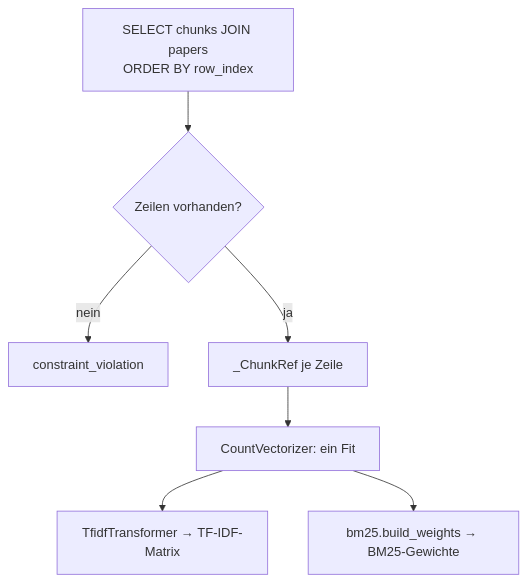
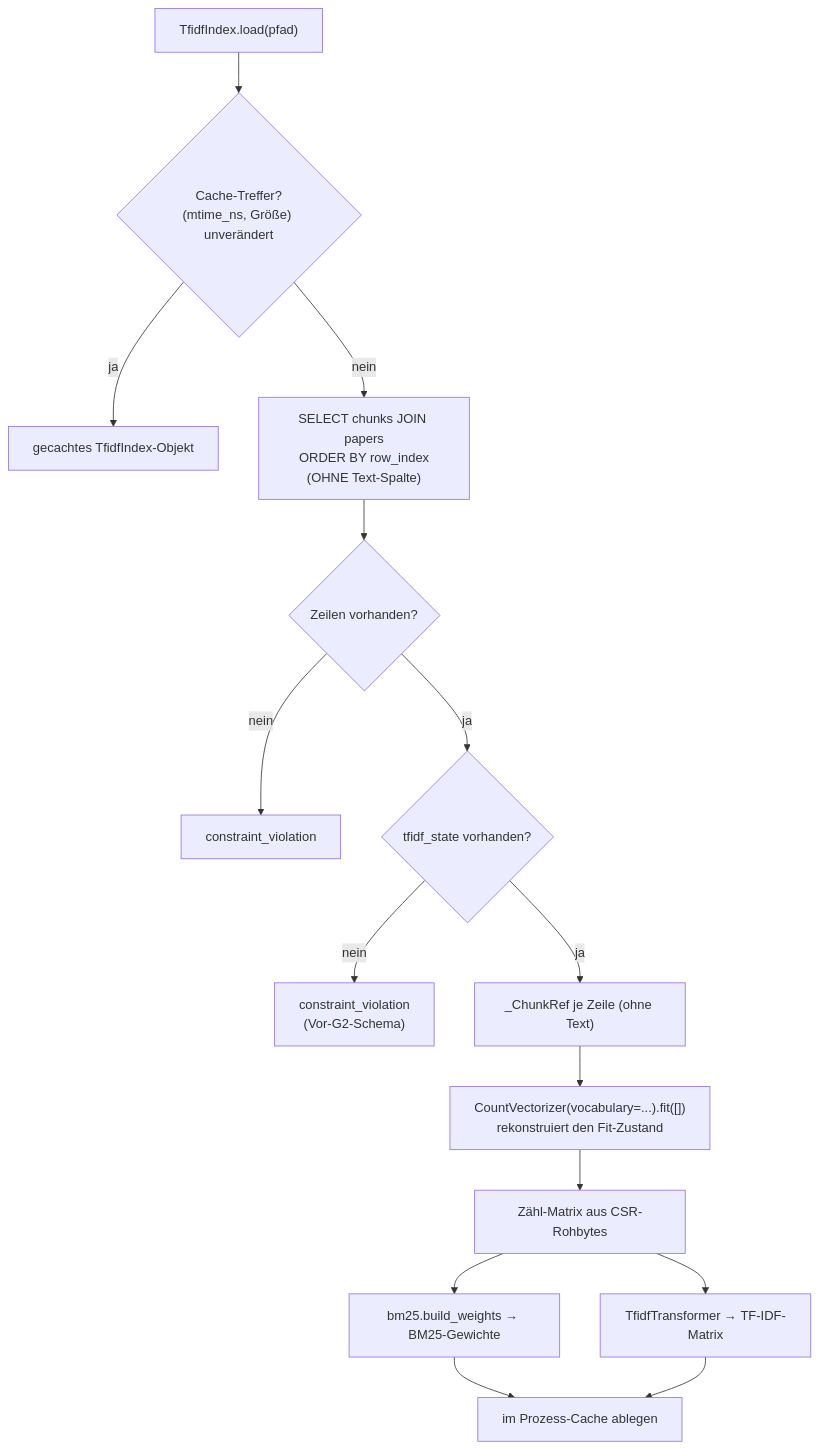
One commit to MomoEngineer/research-graphrag changed the second of 4 diagrams in src/research_graphrag/indexing/doc/tfidf_index.md. Above: the diagram before and after it, drawn with Mermaid. The commit also changed other lines of this file and 47 other files, not shown here.

````diff
--- a/src/research_graphrag/indexing/doc/tfidf_index.md
+++ b/src/research_graphrag/indexing/doc/tfidf_index.md
@@ -58,9 +66,17 @@
 ```mermaid
 flowchart TD
-    A["SELECT chunks JOIN papers<br/>ORDER BY row_index"] --> B{"Zeilen vorhanden?"}
+    L["TfidfIndex.load(pfad)"] --> S{"Cache-Treffer?<br/>(mtime_ns, Größe) unverändert"}
+    S -- ja --> CACHED["gecachtes TfidfIndex-Objekt"]
+    S -- nein --> A["SELECT chunks JOIN papers<br/>ORDER BY row_index<br/>(OHNE Text-Spalte)"]
+    A --> B{"Zeilen vorhanden?"}
     B -- nein --> ERR["constraint_violation"]
-    B -- ja --> C["_ChunkRef je Zeile"]
-    C --> D["CountVectorizer: ein Fit"]
-    D --> E["TfidfTransformer → TF-IDF-Matrix"]
-    D --> F["bm25.build_weights → BM25-Gewichte"]
+    B -- ja --> TS{"tfidf_state vorhanden?"}
+    TS -- nein --> ERR2["constraint_violation<br/>(Vor-G2-Schema)"]
+    TS -- ja --> C["_ChunkRef je Zeile (ohne Text)"]
+    C --> D["CountVectorizer(vocabulary=...).fit([])<br/>rekonstruiert den Fit-Zustand"]
+    D --> DS["Zähl-Matrix aus CSR-Rohbytes"]
+    DS --> E["TfidfTransformer → TF-IDF-Matrix"]
+    DS --> F["bm25.build_weights → BM25-Gewichte"]
+    F --> CACHE_STORE["im Prozess-Cache ablegen"]
+    E --> CACHE_STORE
 ```
````
